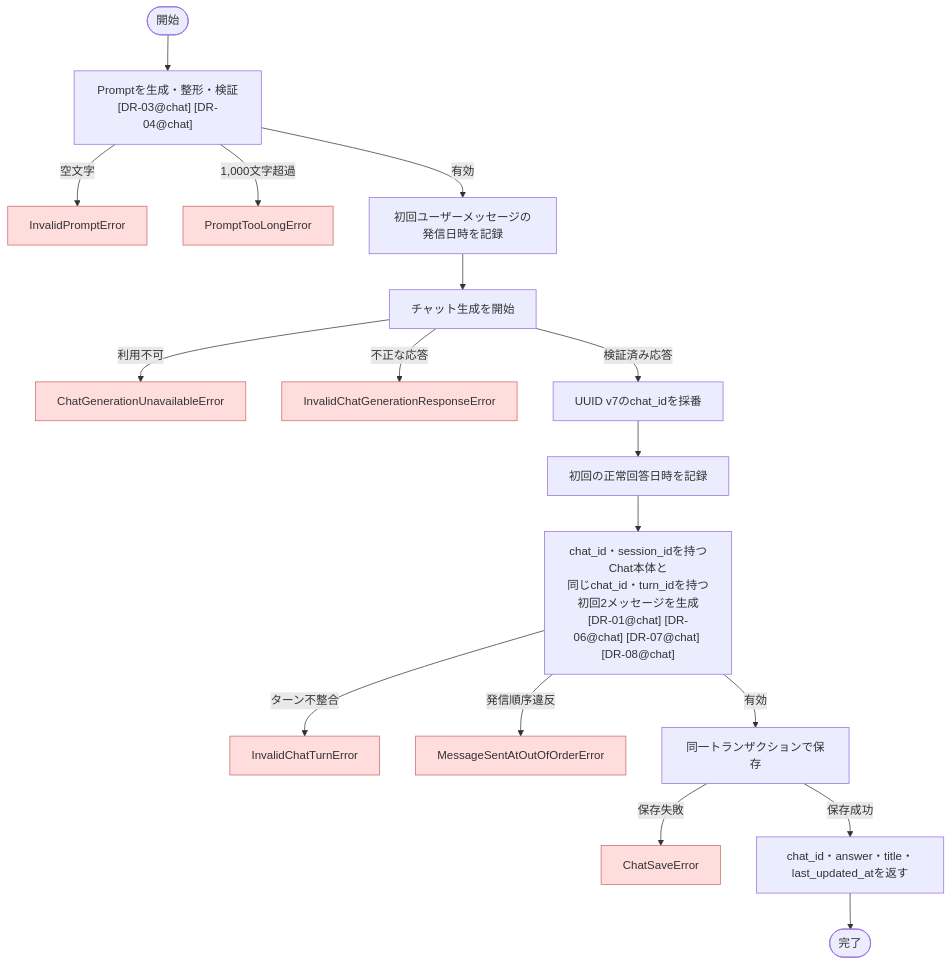
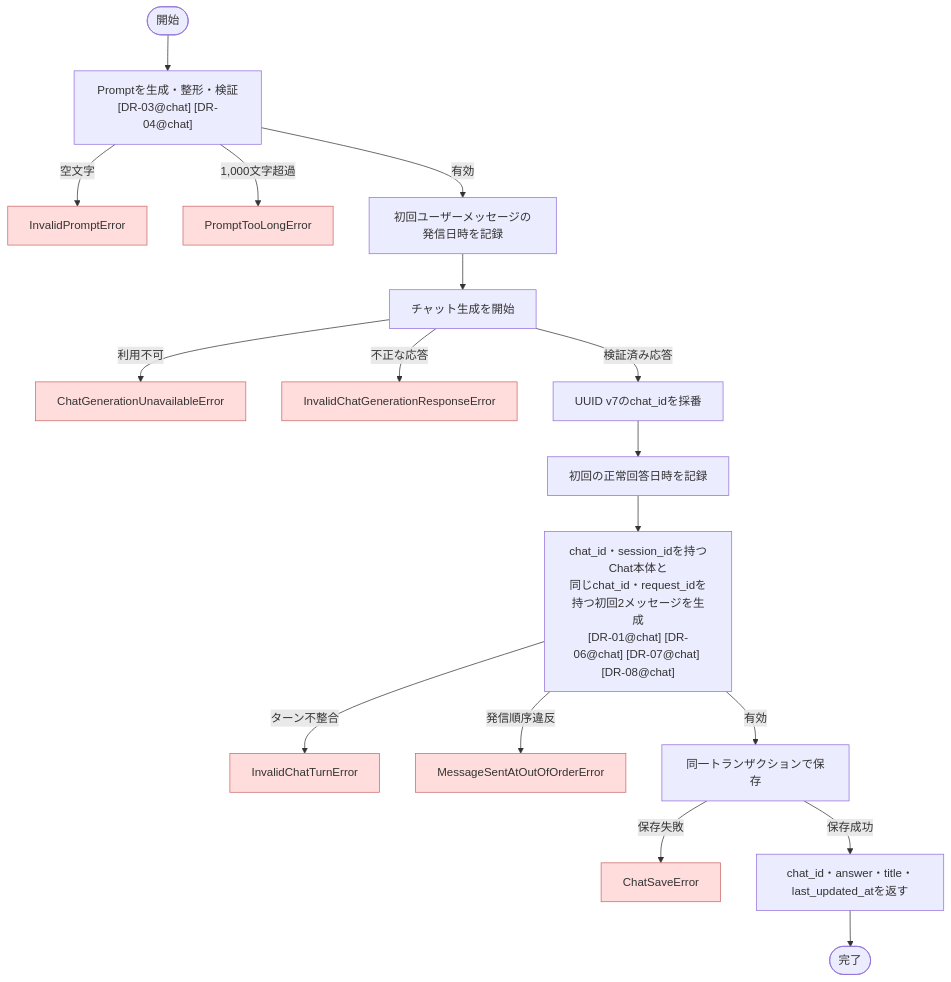
The diagram in docs/backend/specification/usecases/chat/start_chat.md (ponta-kh/paperbuddy), drawn with Mermaid before and after one commit. The commit also changed other lines of this file and 54 other files, not shown here.

````diff
--- a/docs/backend/specification/usecases/chat/start_chat.md
+++ b/docs/backend/specification/usecases/chat/start_chat.md
@@ -109,27 +110,27 @@
 ```mermaid
 flowchart TD
     A([開始]) --> B["Promptを生成・整形・検証\n[DR-03@chat] [DR-04@chat]"]
     B -->|空文字| ERR1["InvalidPromptError"]
     B -->|1,000文字超過| ERR2["PromptTooLongError"]
     B -->|有効| C["初回ユーザーメッセージの発信日時を記録"]
     C --> D["チャット生成を開始"]
     D -->|利用不可| ERR3["ChatGenerationUnavailableError"]
     D -->|不正な応答| ERR4["InvalidChatGenerationResponseError"]
     D -->|検証済み応答| ID["UUID v7のchat_idを採番"]
     ID --> T["初回の正常回答日時を記録"]
-    T --> E["chat_id・session_idを持つChat本体と\n同じchat_id・turn_idを持つ初回2メッセージを生成\n[DR-01@chat] [DR-06@chat] [DR-07@chat] [DR-08@chat]"]
+    T --> E["chat_id・session_idを持つChat本体と\n同じchat_id・request_idを持つ初回2メッセージを生成\n[DR-01@chat] [DR-06@chat] [DR-07@chat] [DR-08@chat]"]
     E -->|ターン不整合| ERR5["InvalidChatTurnError"]
     E -->|発信順序違反| ERR6["MessageSentAtOutOfOrderError"]
     E -->|有効| G["同一トランザクションで保存"]
     G -->|保存失敗| ERR7["ChatSaveError"]
     G -->|保存成功| H["chat_id・answer・title・last_updated_atを返す"]
     H --> I([完了])
 
     style ERR1 fill:#fdd,stroke:#c66
     style ERR2 fill:#fdd,stroke:#c66
     style ERR3 fill:#fdd,stroke:#c66
     style ERR4 fill:#fdd,stroke:#c66
     style ERR5 fill:#fdd,stroke:#c66
     style ERR6 fill:#fdd,stroke:#c66
     style ERR7 fill:#fdd,stroke:#c66
 ```
````
